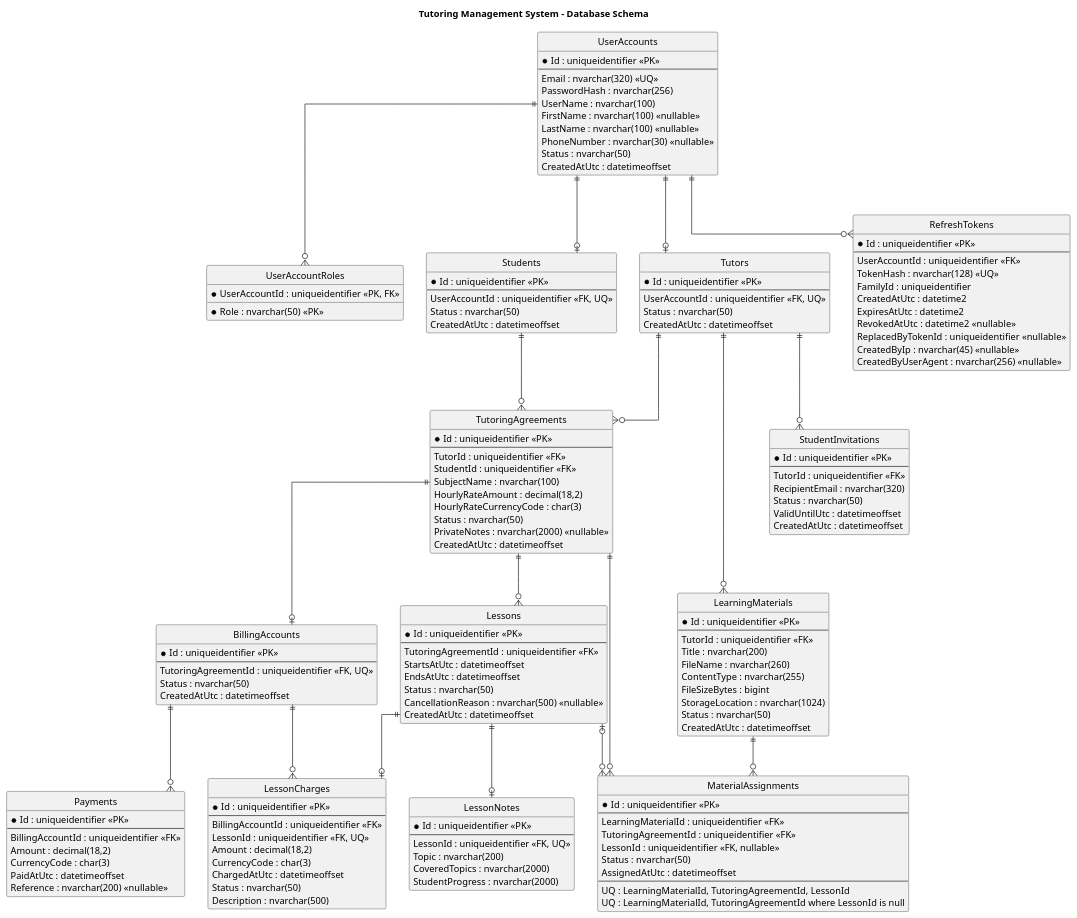
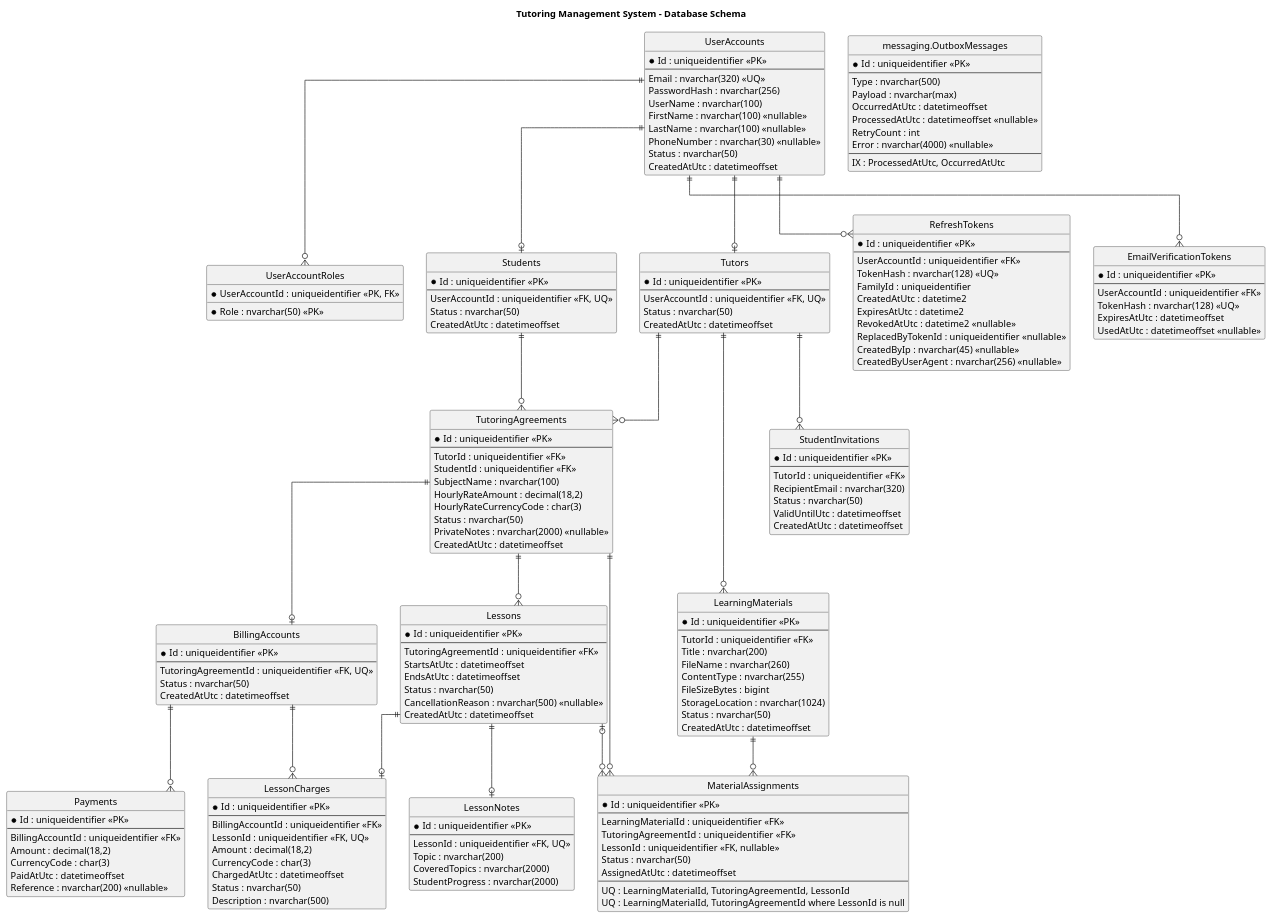
The diagram in docs/technical_docs/database_docs/database_schema.puml (JStec0312/Tutoring-CRM-System), drawn with PlantUML before and after one commit. The commit also changed 4 other files, not shown here.

```diff
--- a/docs/technical_docs/database_docs/database_schema.puml
+++ b/docs/technical_docs/database_docs/database_schema.puml
@@ -153,10 +153,33 @@
     CreatedByUserAgent : nvarchar(256) <<nullable>>
 }
 
+entity EmailVerificationTokens {
+    * Id : uniqueidentifier <<PK>>
+    --
+    UserAccountId : uniqueidentifier <<FK>>
+    TokenHash : nvarchar(128) <<UQ>>
+    ExpiresAtUtc : datetimeoffset
+    UsedAtUtc : datetimeoffset <<nullable>>
+}
+
+entity "messaging.OutboxMessages" as OutboxMessages {
+    * Id : uniqueidentifier <<PK>>
+    --
+    Type : nvarchar(500)
+    Payload : nvarchar(max)
+    OccurredAtUtc : datetimeoffset
+    ProcessedAtUtc : datetimeoffset <<nullable>>
+    RetryCount : int
+    Error : nvarchar(4000) <<nullable>>
+    --
+    IX : ProcessedAtUtc, OccurredAtUtc
+}
+
 UserAccounts ||--o{ UserAccountRoles
 UserAccounts ||--o| Tutors
 UserAccounts ||--o| Students
 UserAccounts ||--o{ RefreshTokens
+UserAccounts ||--o{ EmailVerificationTokens
 
 Tutors ||--o{ TutoringAgreements
 Students ||--o{ TutoringAgreements
```
